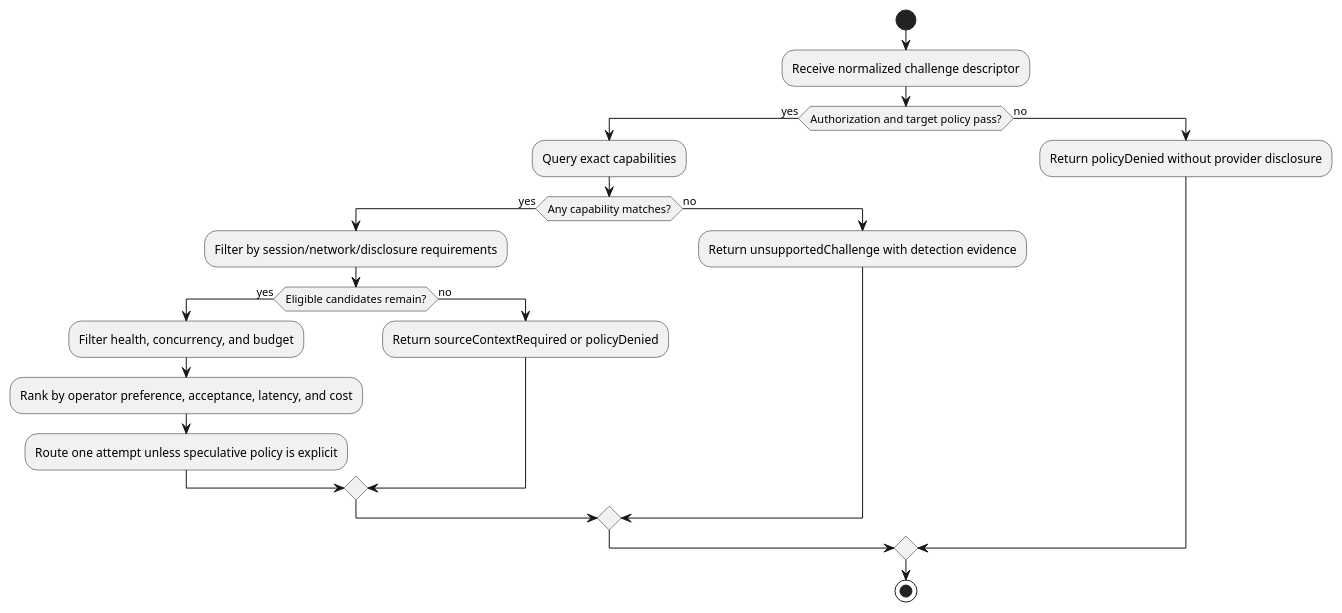
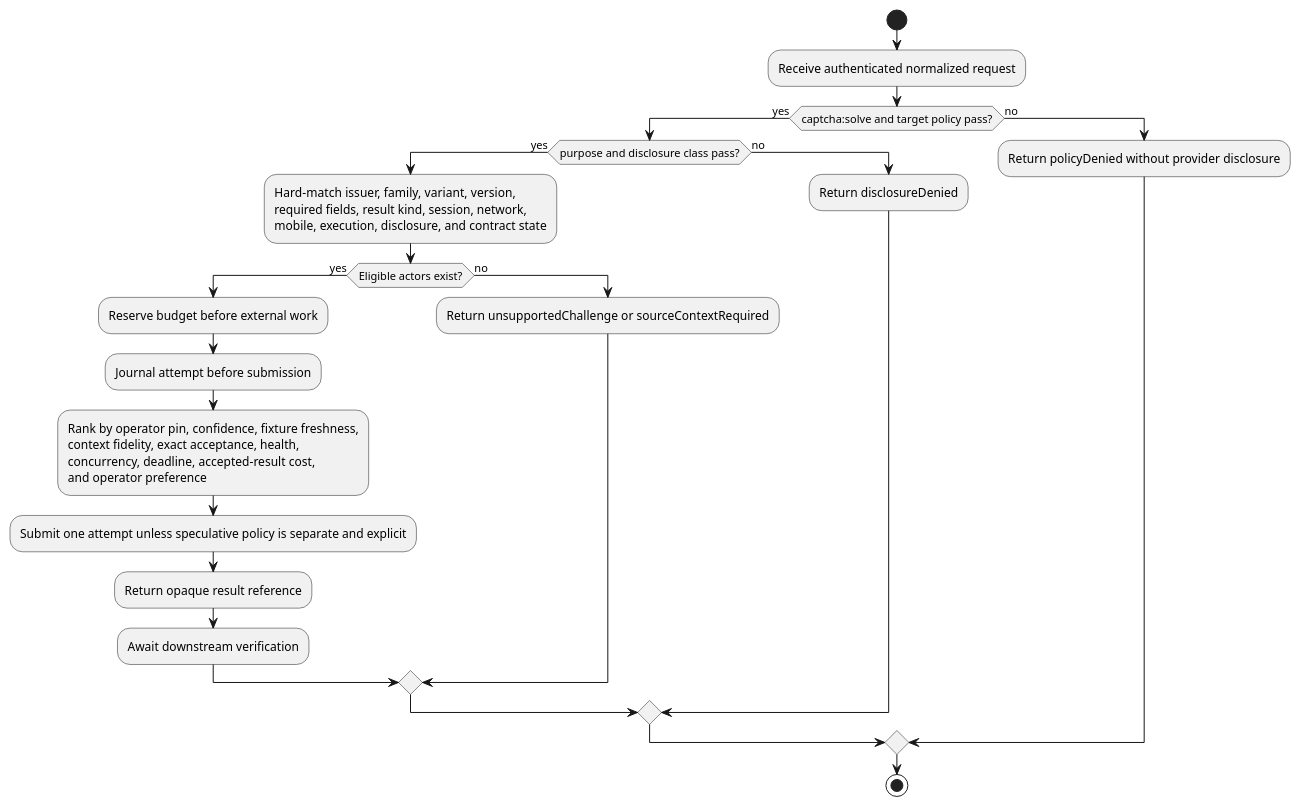
Before and after one commit to lost-rob0t/starintel-auto-research: the second of 2 diagrams in roam/research/starintel-pro-actors/STAR-PRO-RESEARCH-006-captcha-challenge-provider-landscape.org, drawn with PlantUML. The commit also changed other lines of this file, not shown here.

Commit message:
complete open-world CAPTCHA capability taxonomy

```diff
--- a/roam/research/starintel-pro-actors/STAR-PRO-RESEARCH-006-captcha-challenge-provider-landscape.org
+++ b/roam/research/starintel-pro-actors/STAR-PRO-RESEARCH-006-captcha-challenge-provider-landscape.org
@@ -144,24 +317,31 @@
 #+begin_src plantuml
 @startuml
 start
-:Receive normalized challenge descriptor;
-if (Authorization and target policy pass?) then (yes)
-  :Query exact capabilities;
-  if (Any capability matches?) then (yes)
-    :Filter by session/network/disclosure requirements;
-    if (Eligible candidates remain?) then (yes)
-      :Filter health, concurrency, and budget;
-      :Rank by operator preference, acceptance, latency, and cost;
-      :Route one attempt unless speculative policy is explicit;
+:Receive authenticated normalized request;
+if (captcha:solve and target policy pass?) then (yes)
+  if (purpose and disclosure class pass?) then (yes)
+    :Hard-match issuer, family, variant, version,
+required fields, result kind, session, network,
+mobile, execution, disclosure, and contract state;
+    if (Eligible actors exist?) then (yes)
+      :Reserve budget before external work;
+      :Journal attempt before submission;
+      :Rank by operator pin, confidence, fixture freshness,
+context fidelity, exact acceptance, health,
+concurrency, deadline, accepted-result cost,
+and operator preference;
+      :Submit one attempt unless speculative policy is separate and explicit;
+      :Return opaque result reference;
+      :Await downstream verification;
     else (no)
-      :Return sourceContextRequired or policyDenied;
+      :Return unsupportedChallenge or sourceContextRequired;
     endif
   else (no)
-    :Return unsupportedChallenge with detection evidence;
+    :Return disclosureDenied;
   endif
 else (no)
   :Return policyDenied without provider disclosure;
 endif
 stop
 @enduml
 #+end_src
```
